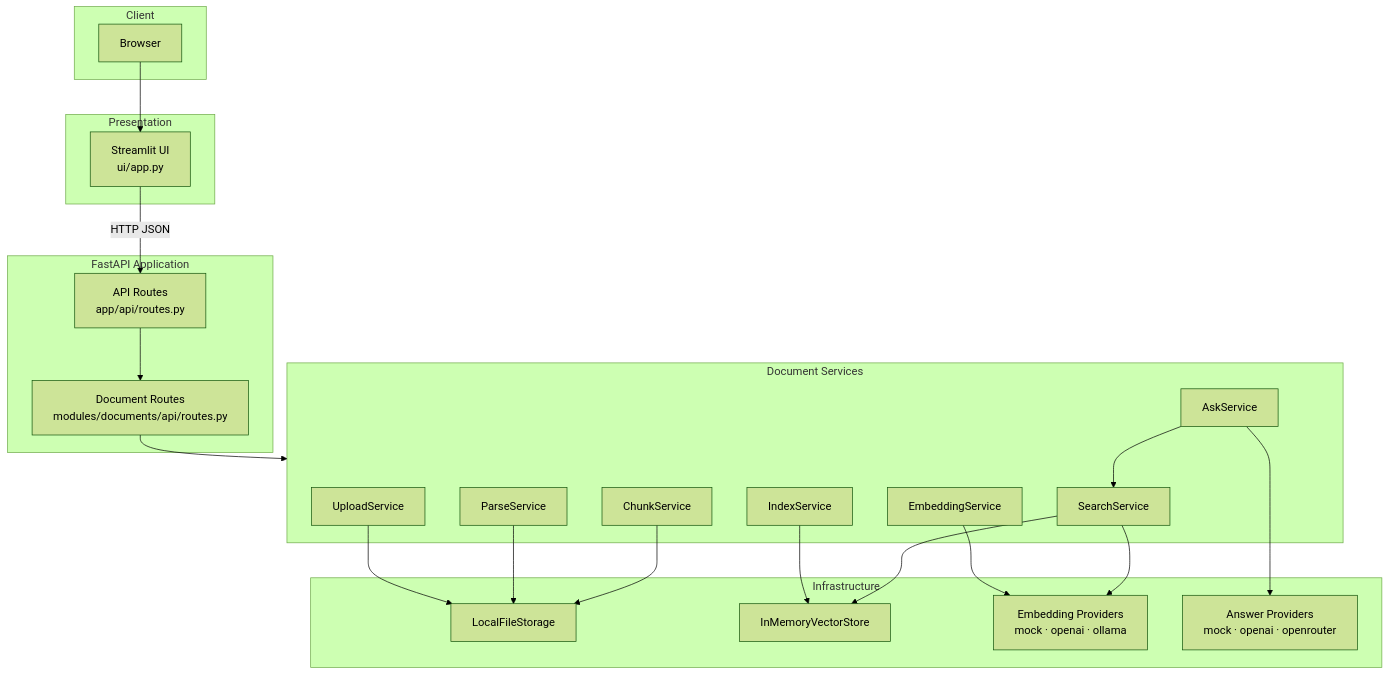
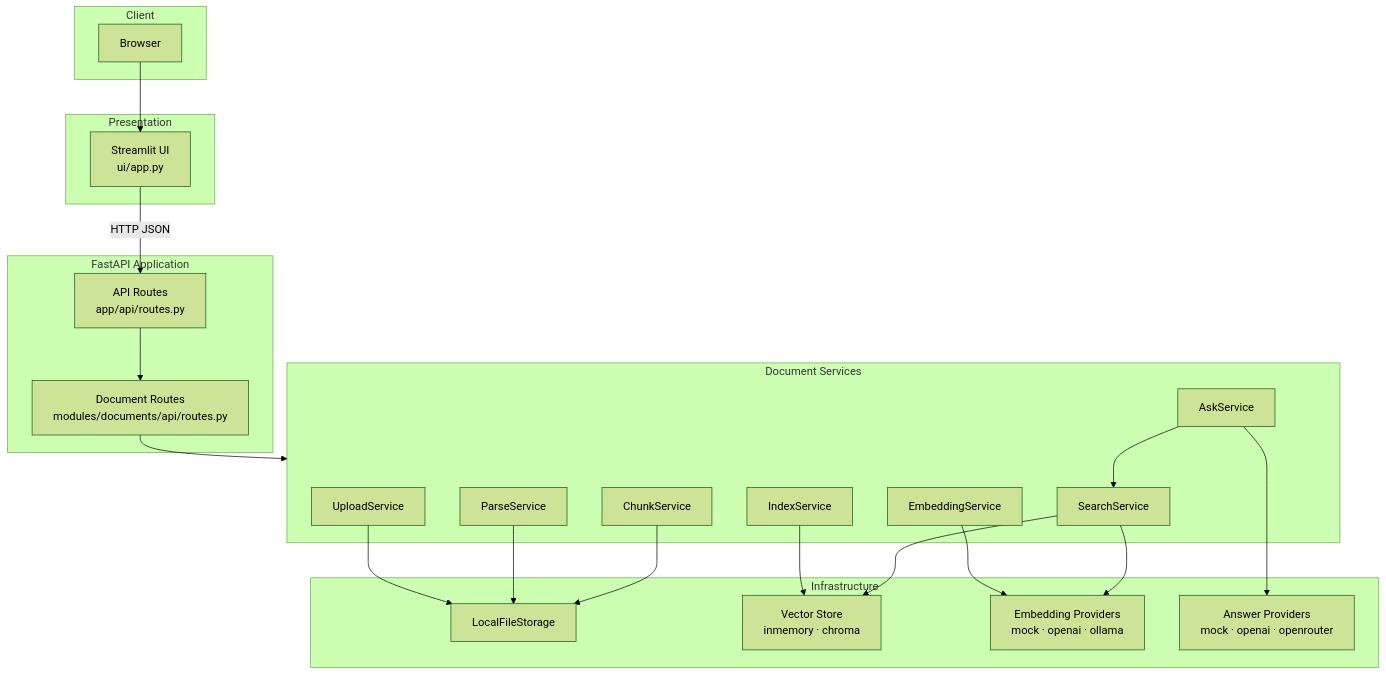
The first of 3 diagrams in docs/architecture.md (andreytsirukhin-png/AI-Presales), drawn with Mermaid (forest theme) before and after one commit. The commit also changed other lines of this file and 29 other files, not shown here.

Commit message:
feat: add persistent vector store with ChromaDB

````diff
--- a/docs/architecture.md
+++ b/docs/architecture.md
@@ -7,46 +7,46 @@
 ```mermaid
 flowchart TB
     subgraph Client
         Browser["Browser"]
     end
 
     subgraph Presentation
         Streamlit["Streamlit UI<br/>ui/app.py"]
     end
 
     subgraph API["FastAPI Application"]
         Routes["API Routes<br/>app/api/routes.py"]
         DocRoutes["Document Routes<br/>modules/documents/api/routes.py"]
     end
 
     subgraph Services["Document Services"]
         Upload["UploadService"]
         Parse["ParseService"]
         Chunk["ChunkService"]
         Embed["EmbeddingService"]
         Index["IndexService"]
         Search["SearchService"]
         Ask["AskService"]
     end
 
     subgraph Infrastructure
         Storage["LocalFileStorage"]
-        VectorStore["InMemoryVectorStore"]
+        VectorStore["Vector Store<br/>inmemory · chroma"]
         EmbProviders["Embedding Providers<br/>mock · openai · ollama"]
         AnsProviders["Answer Providers<br/>mock · openai · openrouter"]
     end
 
     Browser --> Streamlit
     Streamlit -->|HTTP JSON| Routes
     Routes --> DocRoutes
     DocRoutes --> Services
     Upload --> Storage
     Parse --> Storage
     Chunk --> Storage
     Embed --> EmbProviders
     Index --> VectorStore
     Search --> EmbProviders
     Search --> VectorStore
     Ask --> Search
     Ask --> AnsProviders
 ```
````
